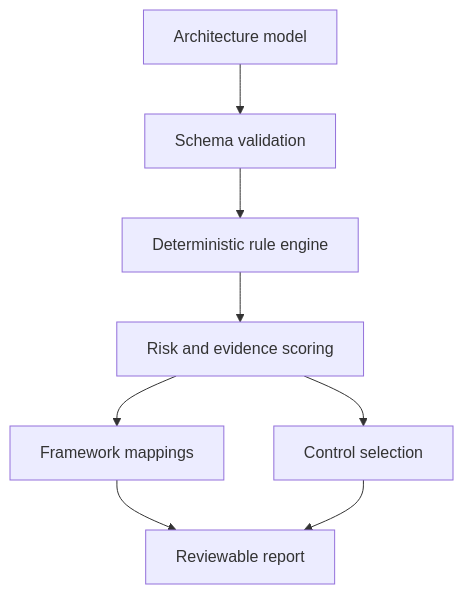
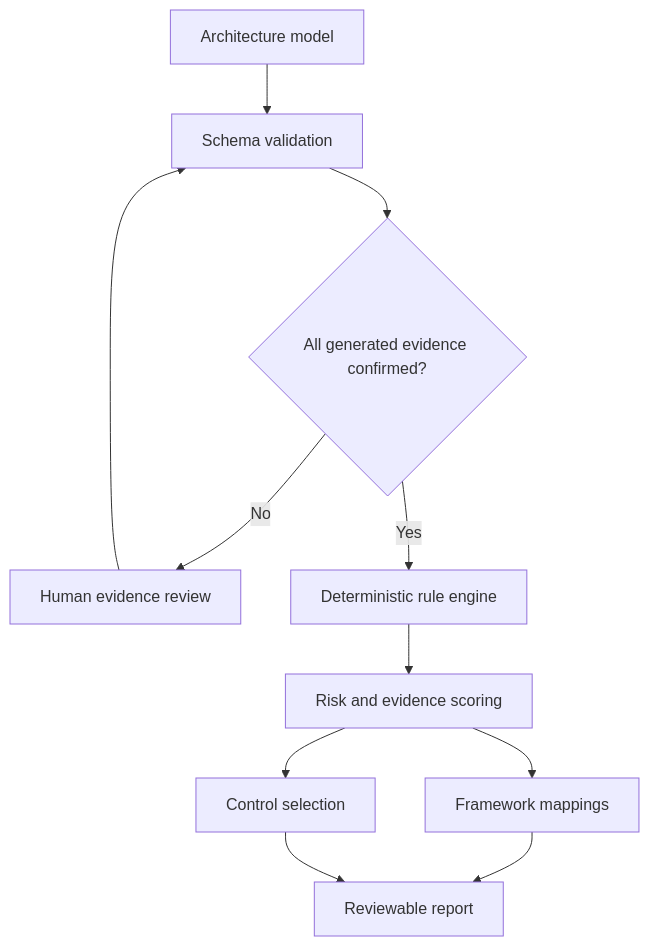
One commit to muneebch133-0/Argus changed the diagram in README.md. Above: the diagram before and after it, drawn with Mermaid. The commit also changed other lines of this file and 56 other files, not shown here.

Commit message:
feat: add evidence-gated architecture discovery

````diff
--- a/README.md
+++ b/README.md
@@ -75,10 +115,13 @@
 ```mermaid
 flowchart TD
     A["Architecture model"] --> B["Schema validation"]
-    B --> C["Deterministic rule engine"]
-    C --> D["Risk and evidence scoring"]
-    D --> E["Framework mappings"]
-    D --> F["Control selection"]
-    E --> G["Reviewable report"]
-    F --> G
+    B --> C{"All generated evidence confirmed?"}
+    C -->|"No"| H["Human evidence review"]
+    H --> B
+    C -->|"Yes"| D["Deterministic rule engine"]
+    D --> E["Risk and evidence scoring"]
+    E --> F["Framework mappings"]
+    E --> G["Control selection"]
+    F --> I["Reviewable report"]
+    G --> I
 ```
````
